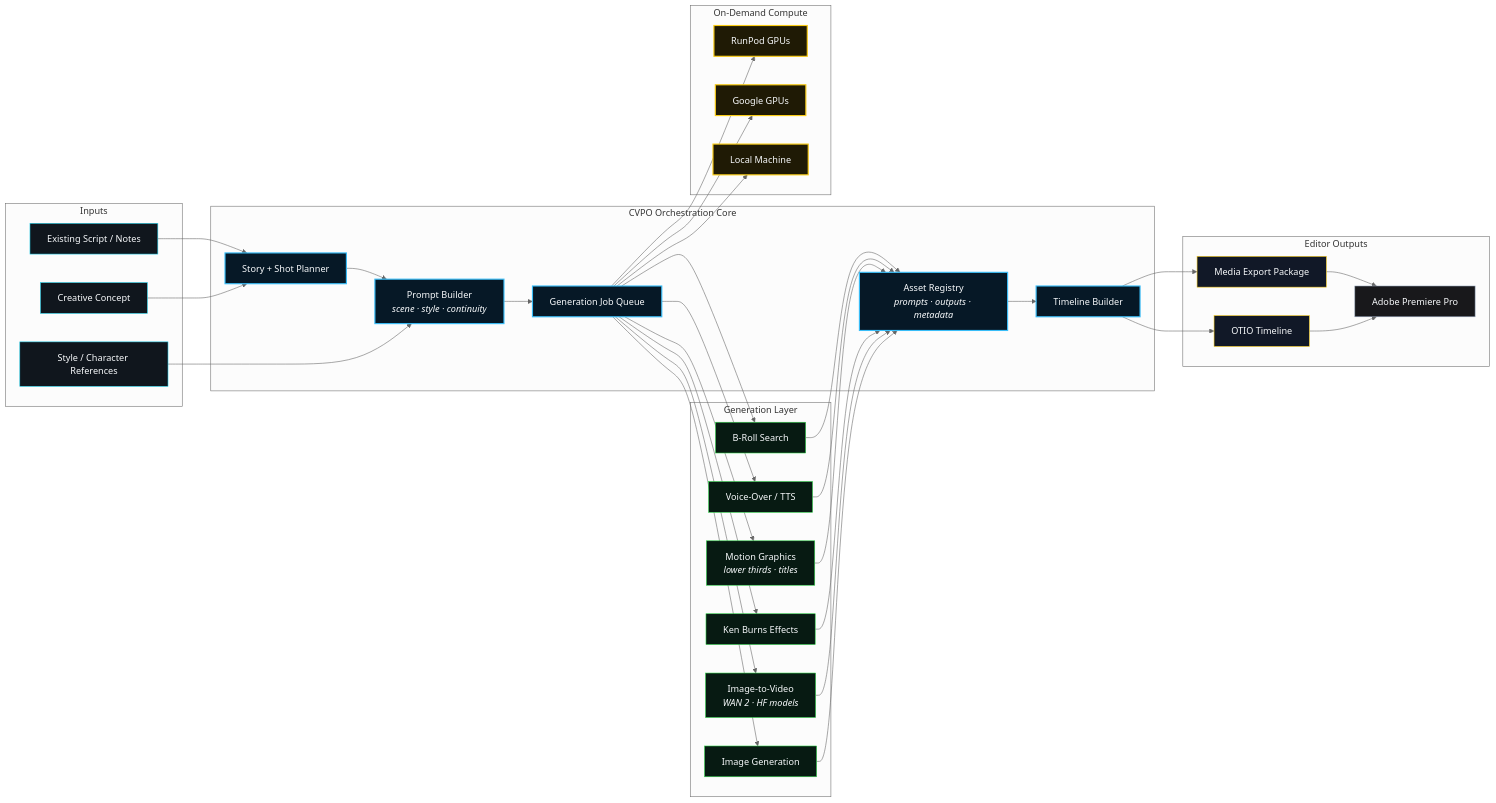
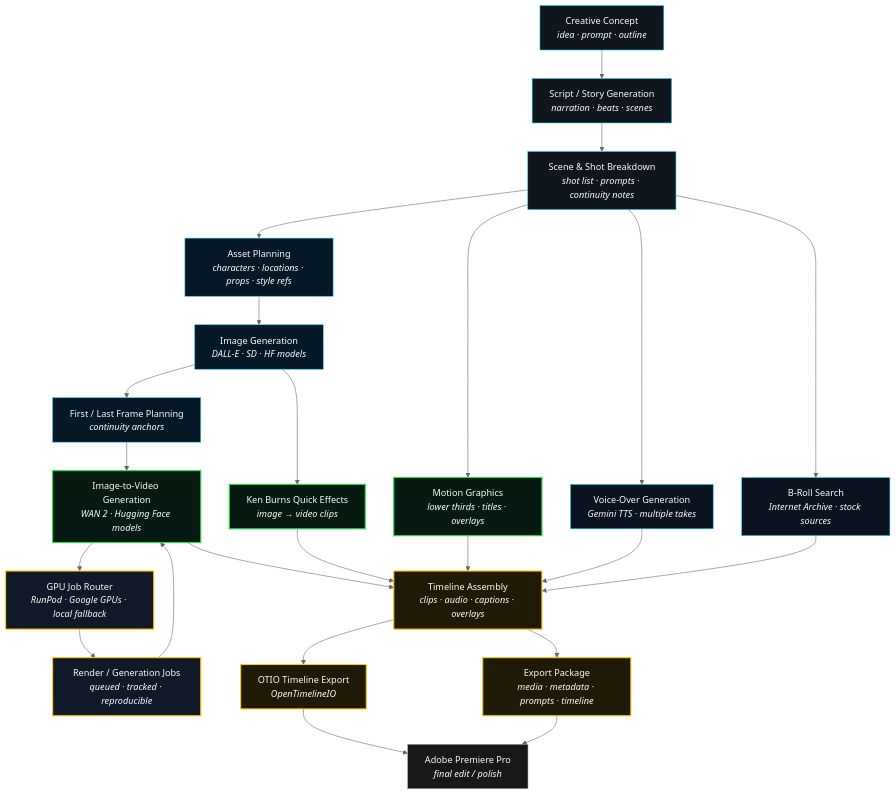
One commit to savevsgames/savevsgames changed the second of 2 diagrams in README.md. Above: the diagram before and after it, drawn with Mermaid (neutral theme).

````diff
--- a/README.md
+++ b/README.md
@@ -121,81 +121,67 @@
 ```mermaid
-graph LR
-    subgraph Inputs["Inputs"]
-        Concept["Creative Concept"]
-        Refs["Style / Character References"]
-        ScriptInput["Existing Script / Notes"]
-    end
+graph TD
+    Concept["Creative Concept<br/><em>idea · prompt · outline</em>"]
+    Script["Script / Story Generation<br/><em>narration · beats · scenes</em>"]
+    Breakdown["Scene & Shot Breakdown<br/><em>shot list · prompts · continuity notes</em>"]
 
-    subgraph CVPO["CVPO Orchestration Core"]
-        Planner["Story + Shot Planner"]
-        PromptEngine["Prompt Builder<br/><em>scene · style · continuity</em>"]
-        JobQueue["Generation Job Queue"]
-        TimelineBuilder["Timeline Builder"]
-        AssetRegistry["Asset Registry<br/><em>prompts · outputs · metadata</em>"]
-    end
+    Assets["Asset Planning<br/><em>characters · locations · props · style refs</em>"]
 
-    subgraph Generation["Generation Layer"]
-        ImageGen["Image Generation"]
-        VideoGen["Image-to-Video<br/><em>WAN 2 · HF models</em>"]
-        KenBurns["Ken Burns Effects"]
-        MotionGfx["Motion Graphics<br/><em>lower thirds · titles</em>"]
-        Voice["Voice-Over / TTS"]
-        BRoll["B-Roll Search"]
-    end
+    Images["Image Generation<br/><em>DALL-E · SD · HF models</em>"]
+    Frames["First / Last Frame Planning<br/><em>continuity anchors</em>"]
+    VideoGen["Image-to-Video Generation<br/><em>WAN 2 · Hugging Face models</em>"]
+    KenBurns["Ken Burns Quick Effects<br/><em>image → video clips</em>"]
+    Motion["Motion Graphics<br/><em>lower thirds · titles · overlays</em>"]
+    VO["Voice-Over Generation<br/><em>Gemini TTS · multiple takes</em>"]
+    BRoll["B-Roll Search<br/><em>Internet Archive · stock sources</em>"]
 
-    subgraph Compute["On-Demand Compute"]
-        RunPod["RunPod GPUs"]
-        GoogleGPU["Google GPUs"]
-        Local["Local Machine"]
-    end
+    GPU["GPU Job Router<br/><em>RunPod · Google GPUs · local fallback</em>"]
+    RenderJobs["Render / Generation Jobs<br/><em>queued · tracked · reproducible</em>"]
 
-    subgraph Outputs["Editor Outputs"]
-        OTIO["OTIO Timeline"]
-        Package["Media Export Package"]
-        Premiere["Adobe Premiere Pro"]
-    end
+    Timeline["Timeline Assembly<br/><em>clips · audio · captions · overlays</em>"]
+    OTIO["OTIO Timeline Export<br/><em>OpenTimelineIO</em>"]
+    Package["Export Package<br/><em>media · metadata · prompts · timeline</em>"]
+    Premiere["Adobe Premiere Pro<br/><em>final edit / polish</em>"]
 
-    Concept --> Planner
-    Refs --> PromptEngine
-    ScriptInput --> Planner
+    Concept --> Script
+    Script --> Breakdown
+    Breakdown --> Assets
 
-    Planner --> PromptEngine
-    PromptEngine --> JobQueue
-    JobQueue --> ImageGen
-    JobQueue --> VideoGen
-    JobQueue --> KenBurns
-    JobQueue --> MotionGfx
-    JobQueue --> Voice
-    JobQueue --> BRoll
+    Assets --> Images
+    Images --> Frames
+    Frames --> VideoGen
+    Images --> KenBurns
+    Breakdown --> Motion
+    Breakdown --> VO
+    Breakdown --> BRoll
 
-    JobQueue --> RunPod
-    JobQueue --> GoogleGPU
-    JobQueue --> Local
+    VideoGen --> GPU
+    GPU --> RenderJobs
+    RenderJobs --> VideoGen
 
-    ImageGen --> AssetRegistry
-    VideoGen --> AssetRegistry
-    KenBurns --> AssetRegistry
-    MotionGfx --> AssetRegistry
-    Voice --> AssetRegistry
-    BRoll --> AssetRegistry
+    VideoGen --> Timeline
+    KenBurns --> Timeline
+    Motion --> Timeline
+    VO --> Timeline
+    BRoll --> Timeline
 
-    AssetRegistry --> TimelineBuilder
-    TimelineBuilder --> OTIO
-    TimelineBuilder --> Package
+    Timeline --> OTIO
+    Timeline --> Package
     OTIO --> Premiere
     Package --> Premiere
 
-    class Concept,Refs,ScriptInput input;
-    class Planner,PromptEngine,JobQueue,TimelineBuilder,AssetRegistry core;
-    class ImageGen,VideoGen,KenBurns,MotionGfx,Voice,BRoll generation;
-    class RunPod,GoogleGPU,Local compute;
-    class OTIO,Package export;
+    class Concept,Script,Breakdown concept;
+    class Assets,Images,Frames media;
+    class VideoGen,KenBurns,Motion generation;
+    class VO,BRoll support;
+    class GPU,RenderJobs compute;
+    class Timeline,OTIO,Package export;
     class Premiere app;
 
-    classDef input fill:#10161d,stroke:#22d3ee,color:#f8fafc,stroke-width:1px;
-    classDef core fill:#061826,stroke:#38bdf8,color:#f8fafc,stroke-width:2px;
-    classDef generation fill:#071a12,stroke:#32d74b,color:#f8fafc,stroke-width:1px;
-    classDef compute fill:#1f1a05,stroke:#facc15,color:#f8fafc,stroke-width:2px;
-    classDef export fill:#111827,stroke:#facc15,color:#f8fafc,stroke-width:1px;
+    classDef concept fill:#10161d,stroke:#22d3ee,color:#f8fafc,stroke-width:1px;
+    classDef media fill:#061826,stroke:#38bdf8,color:#f8fafc,stroke-width:1px;
+    classDef generation fill:#071a12,stroke:#32d74b,color:#f8fafc,stroke-width:2px;
+    classDef support fill:#0b1220,stroke:#22d3ee,color:#f8fafc,stroke-width:1px;
+    classDef compute fill:#111827,stroke:#facc15,color:#f8fafc,stroke-width:2px;
+    classDef export fill:#1f1a05,stroke:#facc15,color:#f8fafc,stroke-width:2px;
     classDef app fill:#18181b,stroke:#94a3b8,color:#f8fafc,stroke-width:1px;
 ```
````
